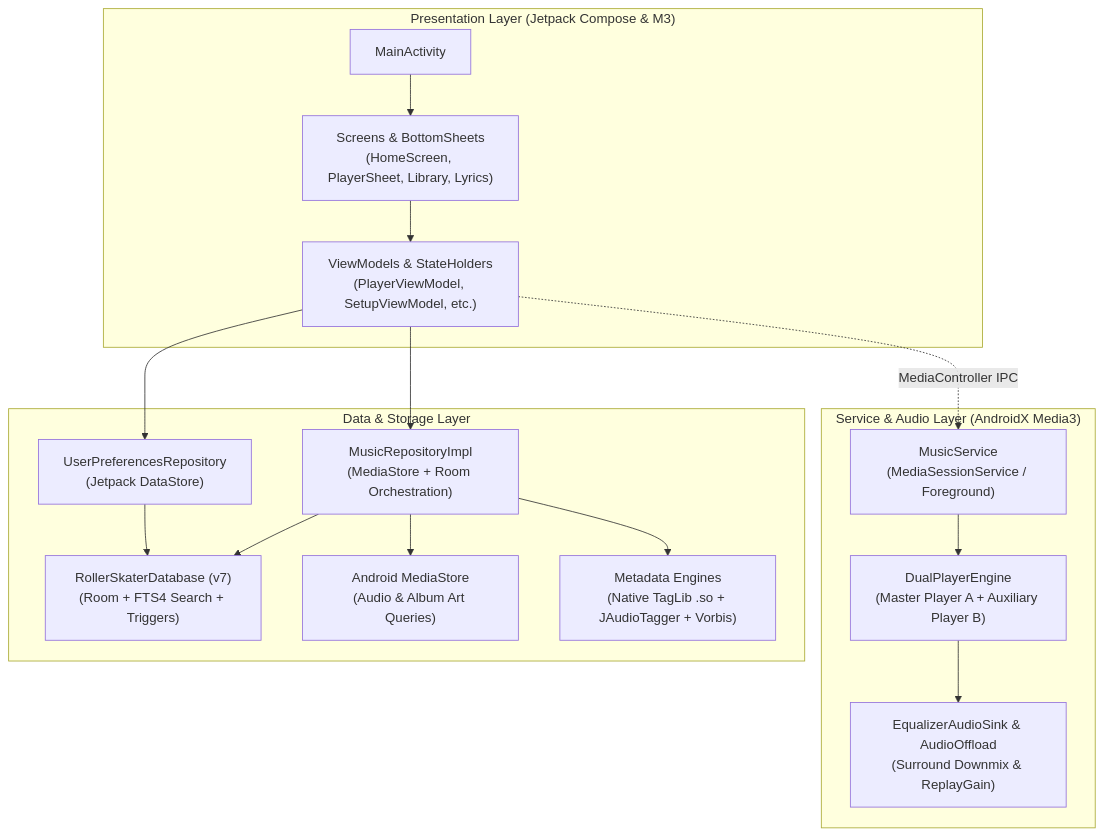
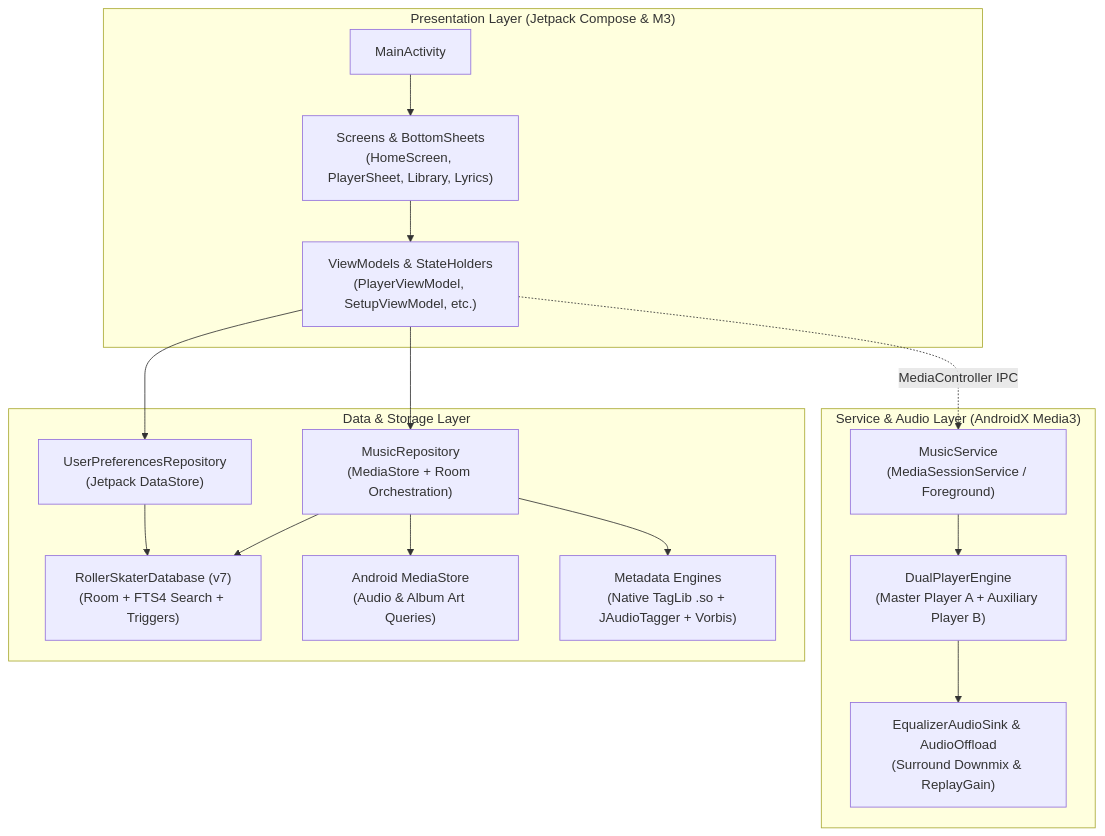
The diagram in README.md (dhyandevp/RollerSkater), drawn with Mermaid before and after one commit. The commit also changed other lines of this file and 7 other files, not shown here.

Commit message:
refactor: flatten MusicRepository into concrete implementation

````diff
--- a/README.md
+++ b/README.md
@@ -166,34 +166,34 @@
 ```mermaid
 flowchart TD
     subgraph UI ["Presentation Layer (Jetpack Compose & M3)"]
         Activity["MainActivity"]
         Screens["Screens & BottomSheets\n(HomeScreen, PlayerSheet, Library, Lyrics)"]
         VM["ViewModels & StateHolders\n(PlayerViewModel, SetupViewModel, etc.)"]
     end
 
     subgraph Service ["Service & Audio Layer (AndroidX Media3)"]
         MusicService["MusicService\n(MediaSessionService / Foreground)"]
         DualPlayer["DualPlayerEngine\n(Master Player A + Auxiliary Player B)"]
         AudioSink["EqualizerAudioSink & AudioOffload\n(Surround Downmix & ReplayGain)"]
     end
 
     subgraph Data ["Data & Storage Layer"]
-        MusicRepo["MusicRepositoryImpl\n(MediaStore + Room Orchestration)"]
+        MusicRepo["MusicRepository\n(MediaStore + Room Orchestration)"]
         PreferencesRepo["UserPreferencesRepository\n(Jetpack DataStore)"]
         RoomDB["RollerSkaterDatabase (v7)\n(Room + FTS4 Search + Triggers)"]
         MediaStore["Android MediaStore\n(Audio & Album Art Queries)"]
         TagEngines["Metadata Engines\n(Native TagLib .so + JAudioTagger + Vorbis)"]
     end
 
     Activity --> Screens
     Screens --> VM
     VM --> MusicRepo
     VM --> PreferencesRepo
     VM -.->|"MediaController IPC"| MusicService
     MusicService --> DualPlayer
     DualPlayer --> AudioSink
     MusicRepo --> RoomDB
     MusicRepo --> MediaStore
     MusicRepo --> TagEngines
     PreferencesRepo --> RoomDB
 ```
````
